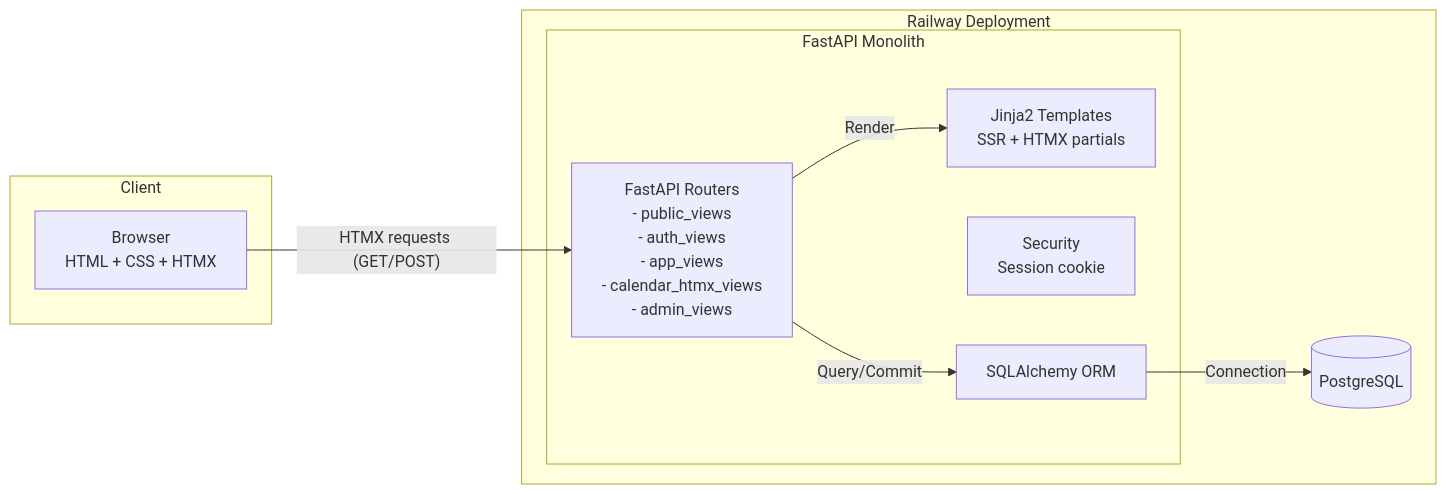
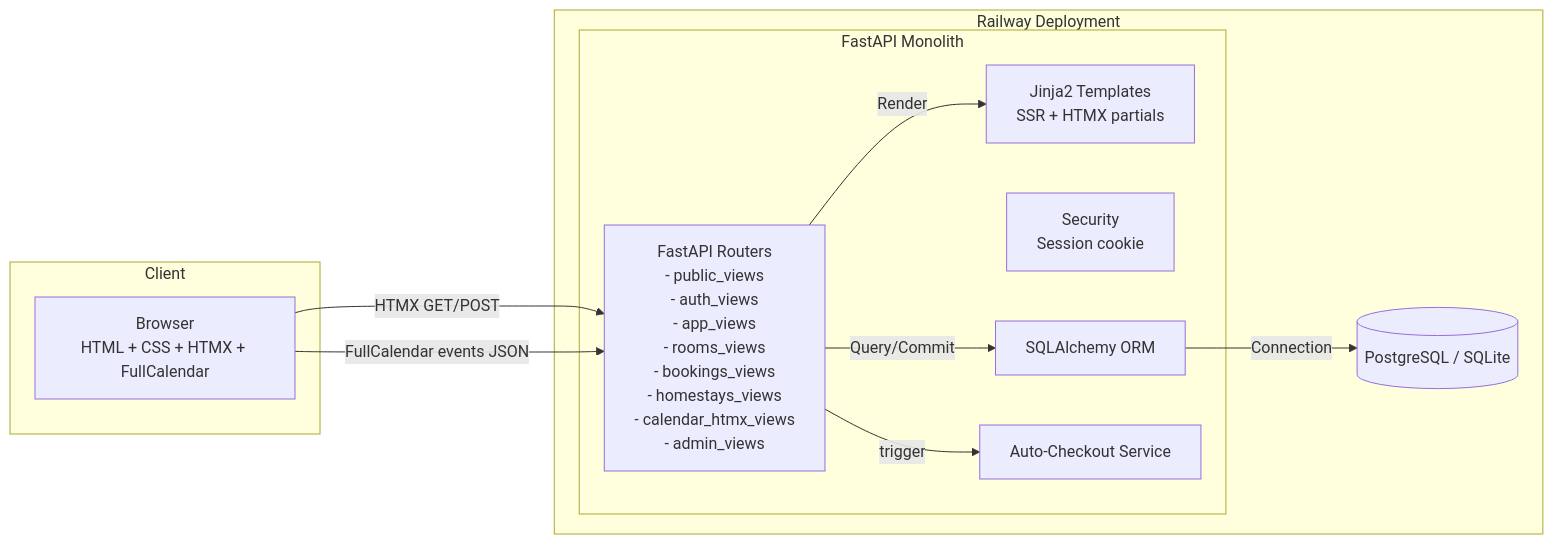
Before and after one commit to netfirms/staycal: the first of 2 diagrams in README.md, drawn with Mermaid. The commit also changed other lines of this file and 22 other files, not shown here.

````diff
--- a/README.md
+++ b/README.md
@@ -48,22 +72,25 @@
 ```mermaid
 flowchart LR
   subgraph Client
-    A[Browser\nHTML + CSS + HTMX]
+    A[Browser\nHTML + CSS + HTMX + FullCalendar]
   end
 
   subgraph Railway[Railway Deployment]
     subgraph App[FastAPI Monolith]
-      B[FastAPI Routers\n- public_views\n- auth_views\n- app_views\n- calendar_htmx_views\n- admin_views]
+      B[FastAPI Routers\n- public_views\n- auth_views\n- app_views\n- rooms_views\n- bookings_views\n- homestays_views\n- calendar_htmx_views\n- admin_views]
       C[Jinja2 Templates\nSSR + HTMX partials]
       D[Security\nSession cookie]
       E[SQLAlchemy ORM]
+      G[Auto-Checkout Service]
     end
 
-    F[(PostgreSQL)]
+    F[(PostgreSQL / SQLite)]
   end
 
-  A -- HTMX requests (GET/POST) --> B
+  A -- HTMX GET/POST --> B
+  A -- FullCalendar events JSON --> B
   B -- Render --> C
   B -- Query/Commit --> E
   E -- Connection --> F
+  B -- trigger --> G
 ```
````
